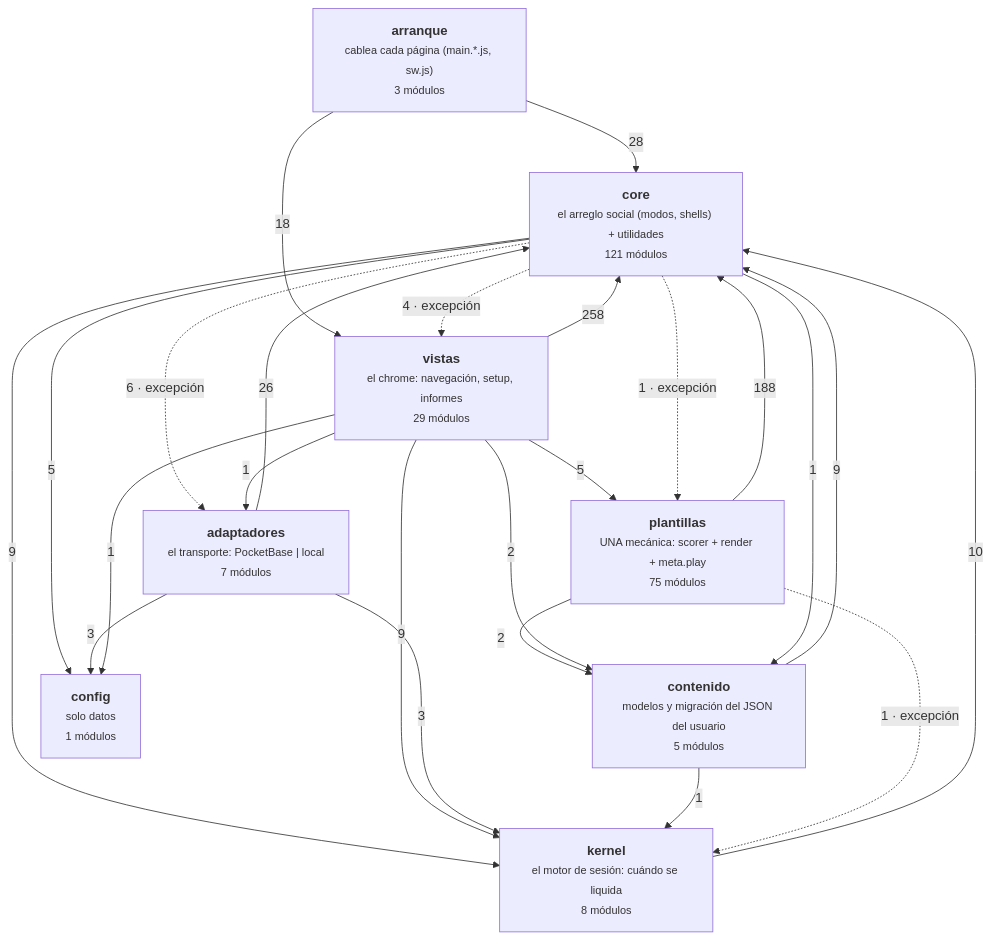
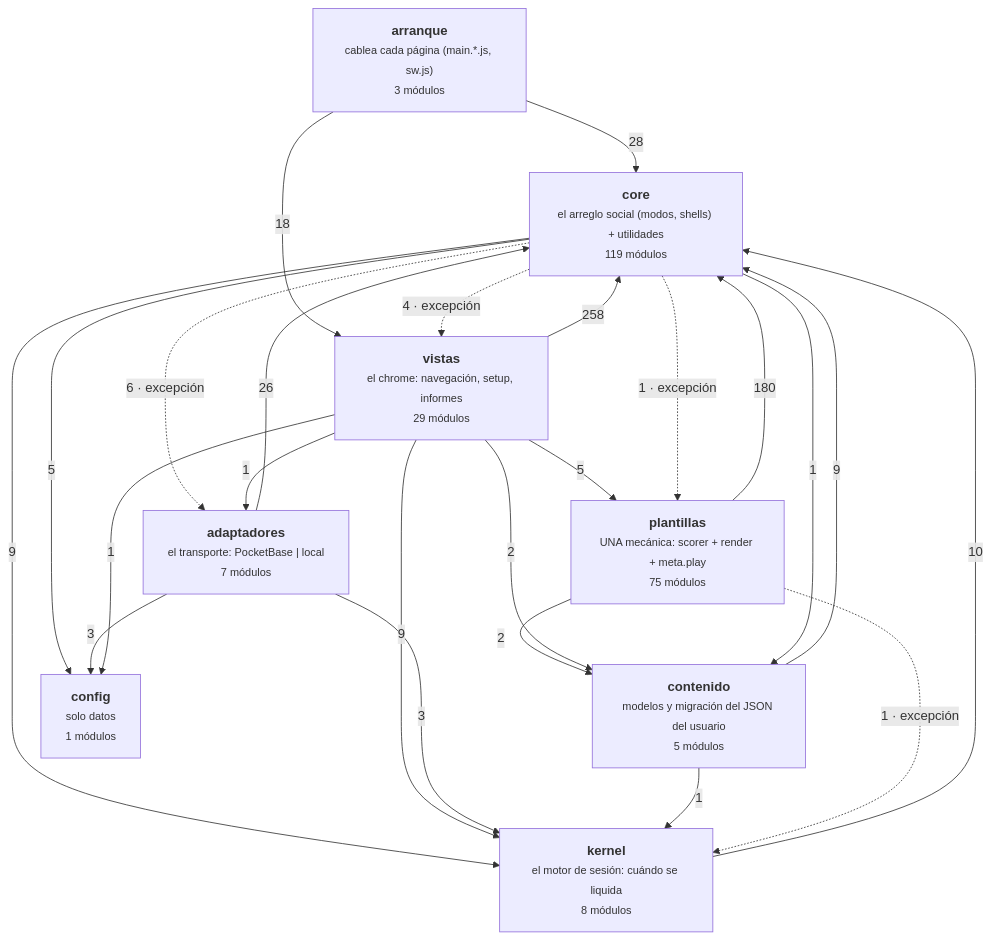
The diagram in docs/arquitectura-modulos.md (duecaz/ac), drawn with Mermaid before and after one commit. The commit also changed other lines of this file and 26 other files, not shown here.

````diff
--- a/docs/arquitectura-modulos.md
+++ b/docs/arquitectura-modulos.md
@@ -49,34 +49,34 @@
 ```mermaid
 graph TD
   A["<b>arranque</b><br/><small>cablea cada página (main.*.js, sw.js)</small><br/><small>3 módulos</small>"]
   V["<b>vistas</b><br/><small>el chrome: navegación, setup, informes</small><br/><small>29 módulos</small>"]
   AD["<b>adaptadores</b><br/><small>el transporte: PocketBase | local</small><br/><small>7 módulos</small>"]
-  C["<b>core</b><br/><small>el arreglo social (modos, shells) + utilidades</small><br/><small>121 módulos</small>"]
+  C["<b>core</b><br/><small>el arreglo social (modos, shells) + utilidades</small><br/><small>119 módulos</small>"]
   K["<b>kernel</b><br/><small>el motor de sesión: cuándo se liquida</small><br/><small>8 módulos</small>"]
   T["<b>plantillas</b><br/><small>UNA mecánica: scorer + render + meta.play</small><br/><small>75 módulos</small>"]
   CO["<b>contenido</b><br/><small>modelos y migración del JSON del usuario</small><br/><small>5 módulos</small>"]
   CF["<b>config</b><br/><small>solo datos</small><br/><small>1 módulos</small>"]
   V -->|258| C
-  T -->|188| C
+  T -->|180| C
   A -->|28| C
   AD -->|26| C
   A -->|18| V
   K -->|10| C
   C -->|9| K
   CO -->|9| C
   V -->|9| K
   C -.->|6 · excepción| AD
   C -->|5| CF
   V -->|5| T
   C -.->|4 · excepción| V
   AD -->|3| CF
   AD -->|3| K
   T -->|2| CO
   V -->|2| CO
   C -.->|1 · excepción| T
   C -->|1| CO
   CO -->|1| K
   T -.->|1 · excepción| K
   V -->|1| AD
   V -->|1| CF
 ```
````
